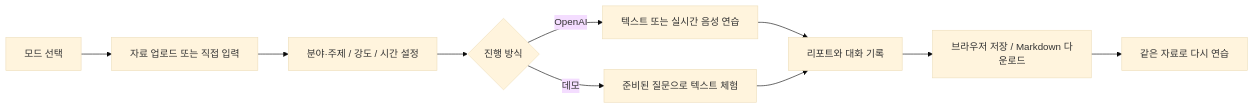
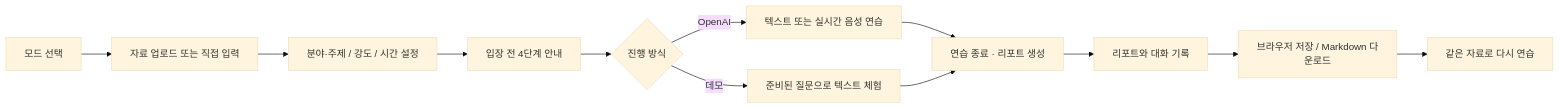
The first of 2 diagrams in README.md (luckyandy7/rehearsal-studio), drawn with Mermaid (base theme) before and after one commit. The commit also changed other lines of this file and 4 other files, not shown here.

````diff
--- a/README.md
+++ b/README.md
@@ -40,12 +59,14 @@
 ```mermaid
 flowchart LR
     A[모드 선택] --> B[자료 업로드 또는 직접 입력]
     B --> C[분야·주제 / 강도 / 시간 설정]
-    C --> D{진행 방식}
+    C --> Guide[입장 전 4단계 안내]
+    Guide --> D{진행 방식}
     D -->|OpenAI| E[텍스트 또는 실시간 음성 연습]
     D -->|데모| F[준비된 질문으로 텍스트 체험]
-    E --> G[리포트와 대화 기록]
-    F --> G
+    E --> Finish[연습 종료 · 리포트 생성]
+    F --> Finish
+    Finish --> G[리포트와 대화 기록]
     G --> H[브라우저 저장 / Markdown 다운로드]
     H --> I[같은 자료로 다시 연습]
 ```
````
